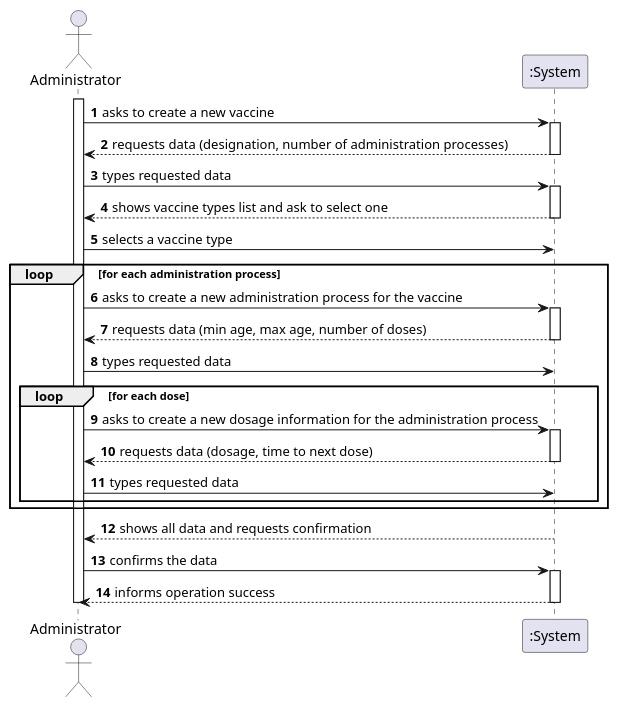
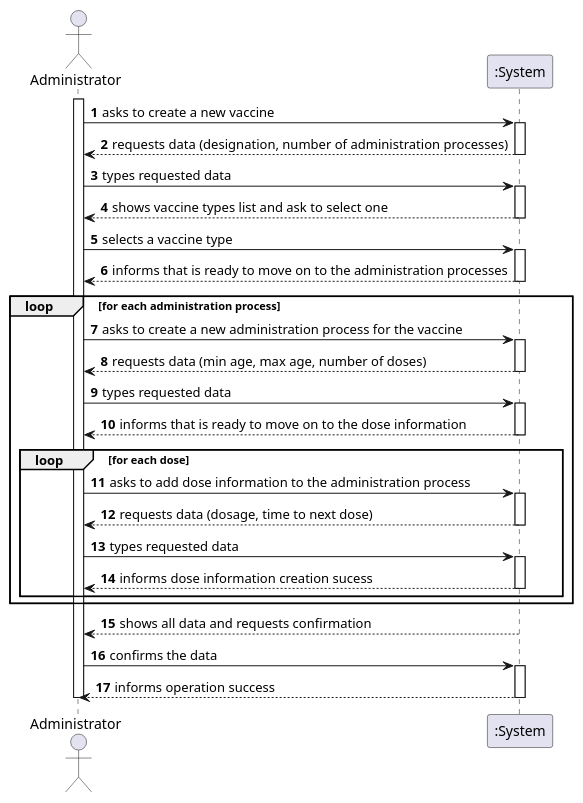
Before and after one commit to miseEnPlace-i/lapr2: the diagram in docs/SprintB/US13/SSD/US13_SSD.puml, drawn with PlantUML.

Commit message:
docs(US13): update SSD

```diff
--- a/docs/SprintB/US13/SSD/US13_SSD.puml
+++ b/docs/SprintB/US13/SSD/US13_SSD.puml
@@ -1,45 +1,54 @@
 @startuml
 autonumber
 actor "Administrator" as OE
 
 activate OE
 OE -> ":System" : asks to create a new vaccine
 activate ":System"
 ":System" --> OE : requests data (designation, number of administration processes)
 deactivate ":System"
 
 OE -> ":System" : types requested data
 activate ":System"
 ":System" --> OE : shows vaccine types list and ask to select one
 deactivate ":System"
 
 OE -> ":System" : selects a vaccine type
+activate ":System"
+":System" --> OE : informs that is ready to move on to the administration processes
+deactivate ":System"
 
 
 loop for each administration process
     OE -> ":System" : asks to create a new administration process for the vaccine
     activate ":System"
     ":System" --> OE : requests data (min age, max age, number of doses)
     deactivate ":System"
     OE -> ":System" : types requested data
+    activate ":System"
+    ":System" --> OE : informs that is ready to move on to the dose information
+    deactivate ":System"
     
-loop for each dose
-    OE -> ":System" : asks to create a new dosage information for the administration process
-    activate ":System"
-    ":System" --> OE : requests data (dosage, time to next dose)
-    deactivate ":System"
-    OE -> ":System" : types requested data
-end
+    loop for each dose
+        OE -> ":System" : asks to add dose information to the administration process
+        activate ":System"
+        ":System" --> OE : requests data (dosage, time to next dose)
+        deactivate ":System"
+        OE -> ":System" : types requested data
+        activate ":System"
+        ":System" --> OE : informs dose information creation sucess
+        deactivate ":System"
+    end
 
 end
 
 ":System" --> OE : shows all data and requests confirmation
 deactivate ":System"
 OE -> ":System" : confirms the data
 activate ":System"
 ":System" --> OE : informs operation success
 deactivate ":System"
 
 deactivate OE
 
 @enduml
```
